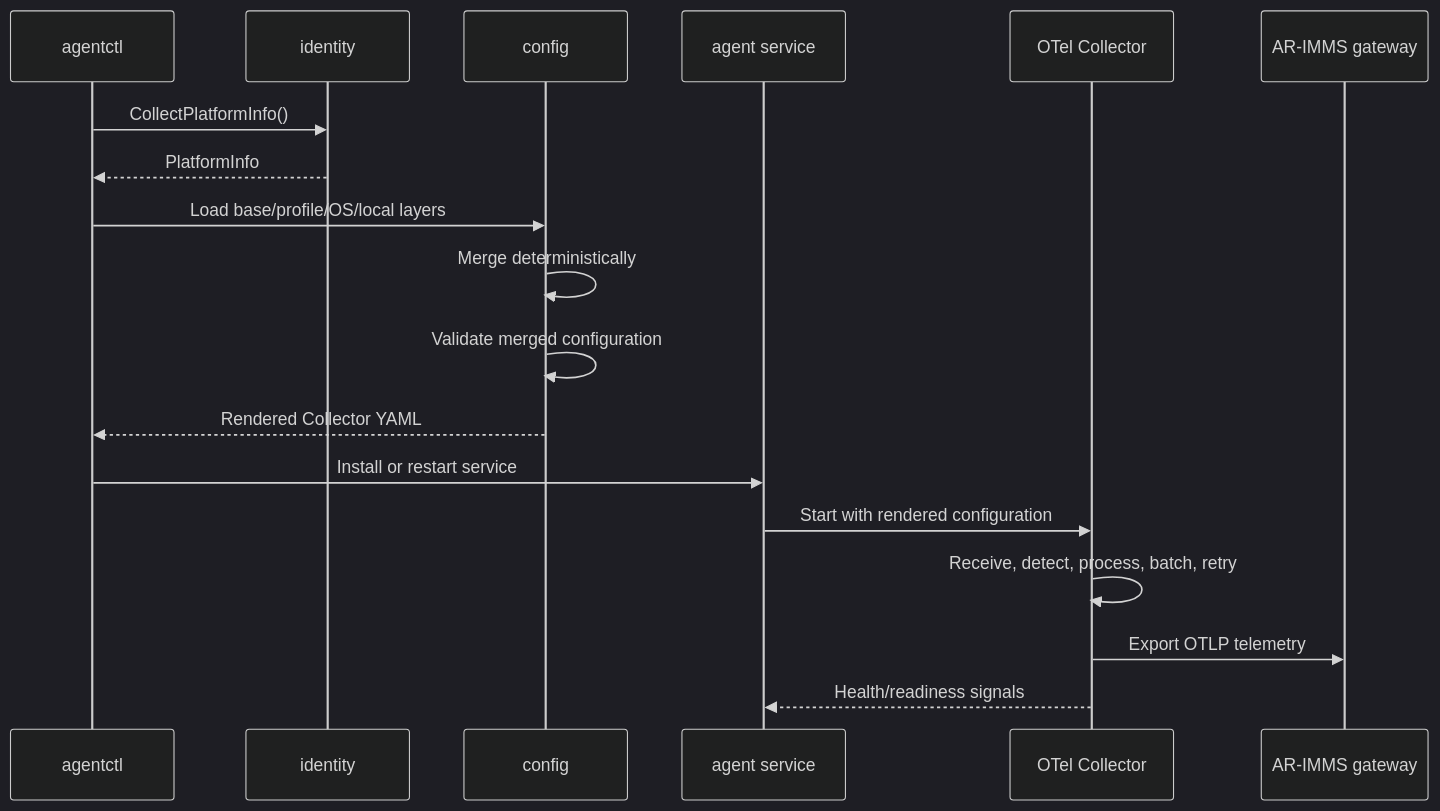
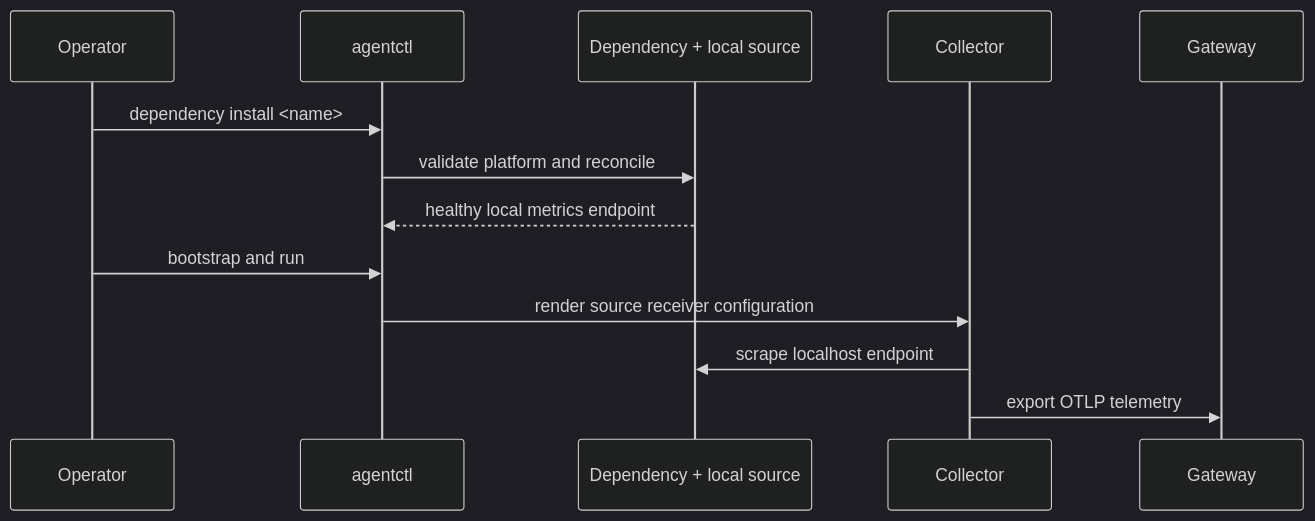
The fourth of 5 diagrams in docs/ARCHITECTURE.md (AR-IMMS/telemetry-agent), drawn with Mermaid (dark theme) before and after one commit. The commit also changed other lines of this file and 55 other files, not shown here.

First line of the commit message:
feat: manage platform telemetry exporters

````diff
--- a/docs/ARCHITECTURE.md
+++ b/docs/ARCHITECTURE.md
@@ -238,21 +154,17 @@
 ```mermaid
 sequenceDiagram
+    participant Operator
     participant CLI as agentctl
-    participant Identity as identity
-    participant Config as config
-    participant Runtime as agent service
-    participant Collector as OTel Collector
-    participant Gateway as AR-IMMS gateway
+    participant Deps as Dependency + local source
+    participant Collector
+    participant Gateway
 
-    CLI->>Identity: CollectPlatformInfo()
-    Identity-->>CLI: PlatformInfo
-    CLI->>Config: Load base/profile/OS/local layers
-    Config->>Config: Merge deterministically
-    Config->>Config: Validate merged configuration
-    Config-->>CLI: Rendered Collector YAML
-    CLI->>Runtime: Install or restart service
-    Runtime->>Collector: Start with rendered configuration
-    Collector->>Collector: Receive, detect, process, batch, retry
-    Collector->>Gateway: Export OTLP telemetry
-    Collector-->>Runtime: Health/readiness signals
+    Operator->>CLI: dependency install <name>
+    CLI->>Deps: validate platform and reconcile
+    Deps-->>CLI: healthy local metrics endpoint
+
+    Operator->>CLI: bootstrap and run
+    CLI->>Collector: render source receiver configuration
+    Collector->>Deps: scrape localhost endpoint
+    Collector->>Gateway: export OTLP telemetry
 ```
````
